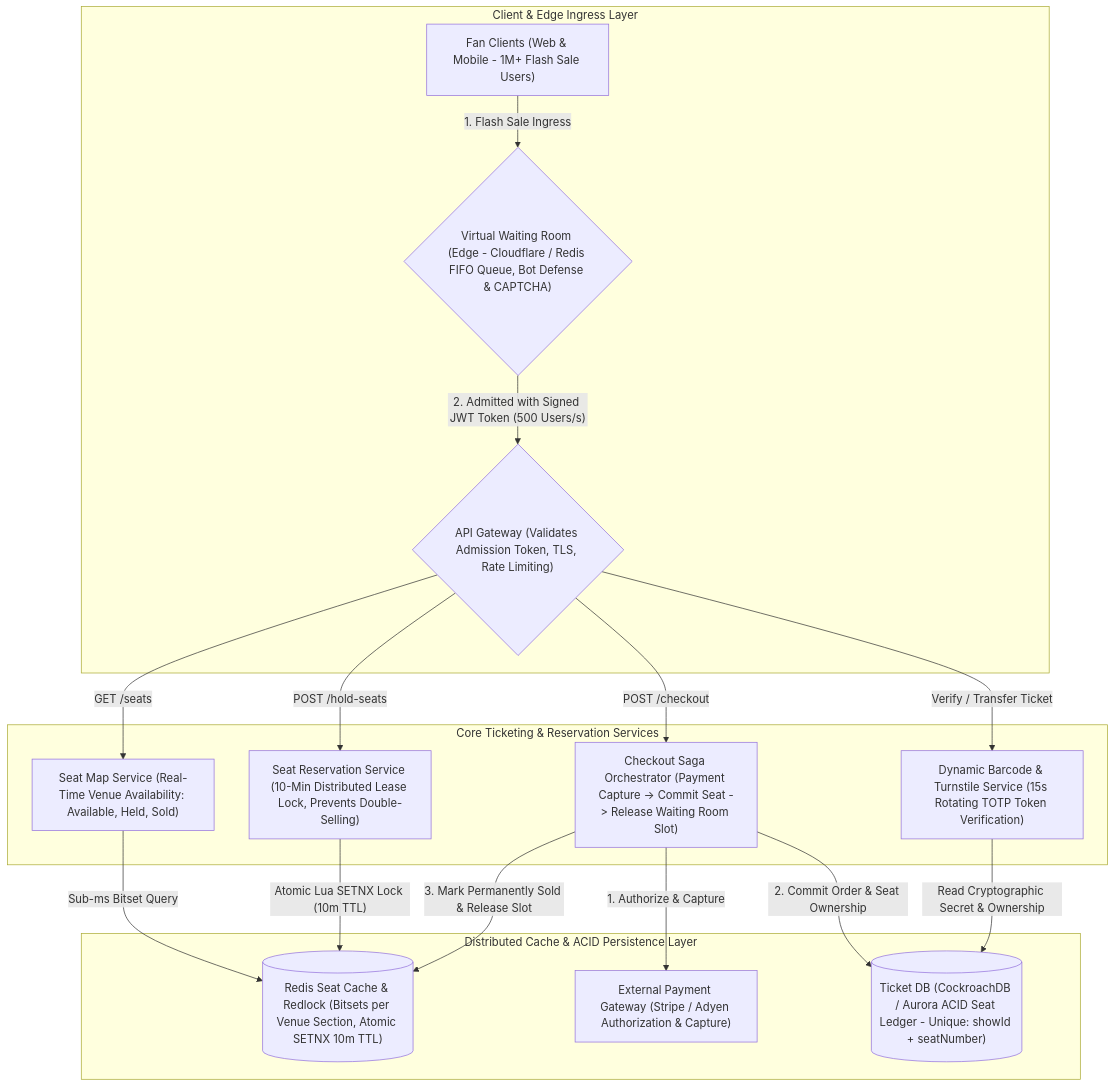
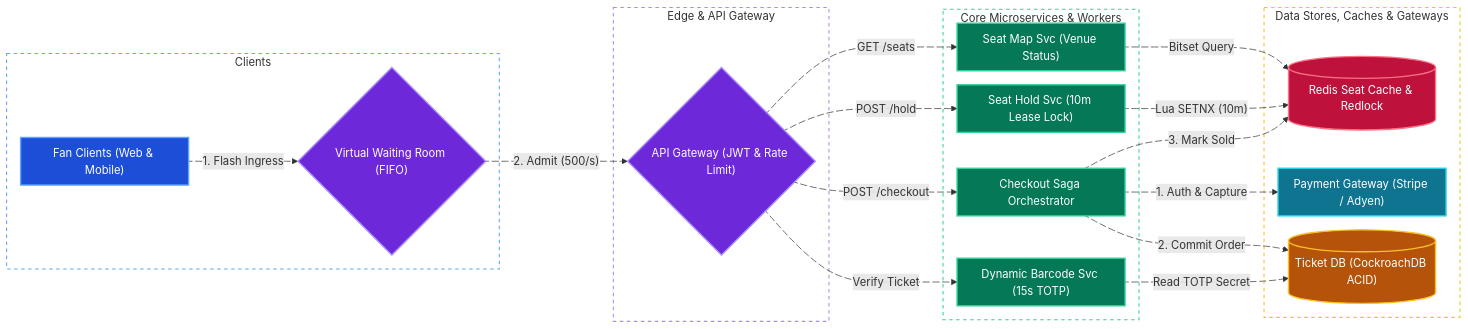
Before and after one commit to tarunbatta/tech-interview-prep: the fourth of 4 diagrams in system-design/ticketmaster.md, drawn with Mermaid. The commit also changed other lines of this file and 30 other files, not shown here.

First line of the commit message:
docs(system-design): convert Mermaid flowcharts to LR with colors and animated edges

````diff
--- a/system-design/ticketmaster.md
+++ b/system-design/ticketmaster.md
@@ -192,31 +233,67 @@
 ```mermaid
-flowchart TD
-    subgraph Client_Edge_Layer["Client & Edge Ingress Layer"]
-        Client["Fan Clients (Web & Mobile - 1M+ Flash Sale Users)"]
-        WaitingRoom{"Virtual Waiting Room (Edge - Cloudflare / Redis FIFO Queue, Bot Defense & CAPTCHA)"}
-        Gateway{"API Gateway (Validates Admission Token, TLS, Rate Limiting)"}
+%%{init: {'flowchart': {'nodeSpacing': 20, 'rankSpacing': 40, 'padding': 10}}}%%
+flowchart LR
+    subgraph ClientTier["Clients"]
+        Client["Fan Clients (Web & Mobile)"]
+        WaitingRoom{"Virtual Waiting Room (FIFO)"}
     end
-    subgraph Core_Ticketing_Services["Core Ticketing & Reservation Services"]
-        SeatMapSvc["Seat Map Service (Real-Time Venue Availability: Available, Held, Sold)"]
-        HoldSvc["Seat Reservation Service (10-Min Distributed Lease Lock, Prevents Double-Selling)"]
-        CheckoutSaga["Checkout Saga Orchestrator (Payment Capture -> Commit Seat -> Release Waiting Room Slot)"]
-        BarcodeSvc["Dynamic Barcode & Turnstile Service (15s Rotating TOTP Token Verification)"]
+    subgraph EdgeTier["Edge & API Gateway"]
+        Gateway{"API Gateway (JWT & Rate Limit)"}
     end
-    subgraph Cache_And_Storage["Distributed Cache & ACID Persistence Layer"]
-        SeatCache[("Redis Seat Cache & Redlock (Bitsets per Venue Section, Atomic SETNX 10m TTL)")]
-        PaymentGW["External Payment Gateway (Stripe / Adyen Authorization & Capture)"]
-        TicketDB[("Ticket DB (CockroachDB / Aurora ACID Seat Ledger - Unique: showId + seatNumber)")]
+    subgraph CoreServices["Core Microservices & Workers"]
+        SeatMapSvc["Seat Map Svc (Venue Status)"]
+        HoldSvc["Seat Hold Svc (10m Lease Lock)"]
+        CheckoutSaga["Checkout Saga Orchestrator"]
+        BarcodeSvc["Dynamic Barcode Svc (15s TOTP)"]
     end
-    Client -->|"1. Flash Sale Ingress"| WaitingRoom
-    WaitingRoom -->|"2. Admitted with Signed JWT Token (500 Users/s)"| Gateway
-    Gateway -->|"GET /seats"| SeatMapSvc
-    Gateway -->|"POST /hold-seats"| HoldSvc
-    Gateway -->|"POST /checkout"| CheckoutSaga
-    Gateway -->|"Verify / Transfer Ticket"| BarcodeSvc
-    SeatMapSvc -->|"Sub-ms Bitset Query"| SeatCache
-    HoldSvc -->|"Atomic Lua SETNX Lock (10m TTL)"| SeatCache
-    CheckoutSaga -->|"1. Authorize & Capture"| PaymentGW
-    CheckoutSaga -->|"2. Commit Order & Seat Ownership"| TicketDB
-    CheckoutSaga -->|"3. Mark Permanently Sold & Release Slot"| SeatCache
-    BarcodeSvc -->|"Read Cryptographic Secret & Ownership"| TicketDB
+    subgraph DataAndEventTier["Data Stores, Caches & Gateways"]
+        SeatCache[("Redis Seat Cache & Redlock")]
+        PaymentGW["Payment Gateway (Stripe / Adyen)"]
+        TicketDB[("Ticket DB (CockroachDB ACID)")]
+    end
+    Client e1@-->|"1. Flash Ingress"| WaitingRoom
+    WaitingRoom e2@-->|"2. Admit (500/s)"| Gateway
+    Gateway e3@-->|"GET /seats"| SeatMapSvc
+    Gateway e4@-->|"POST /hold"| HoldSvc
+    Gateway e5@-->|"POST /checkout"| CheckoutSaga
+    Gateway e6@-->|"Verify Ticket"| BarcodeSvc
+    SeatMapSvc e7@-->|"Bitset Query"| SeatCache
+    HoldSvc e8@-->|"Lua SETNX (10m)"| SeatCache
+    CheckoutSaga e9@-->|"1. Auth & Capture"| PaymentGW
+    CheckoutSaga e10@-->|"2. Commit Order"| TicketDB
+    CheckoutSaga e11@-->|"3. Mark Sold"| SeatCache
+    BarcodeSvc e12@-->|"Read TOTP Secret"| TicketDB
+
+    e1@{ animate: true }
+    e2@{ animate: true }
+    e3@{ animate: true }
+    e4@{ animate: true }
+    e5@{ animate: true }
+    e6@{ animate: true }
+    e7@{ animate: true }
+    e8@{ animate: true }
+    e9@{ animate: true }
+    e10@{ animate: true }
+    e11@{ animate: true }
+    e12@{ animate: true }
+
+    classDef client fill:#1d4ed8,stroke:#60a5fa,stroke-width:2px,color:#ffffff
+    classDef edge fill:#6d28d9,stroke:#a78bfa,stroke-width:2px,color:#ffffff
+    classDef service fill:#047857,stroke:#34d399,stroke-width:2px,color:#ffffff
+    classDef worker fill:#0e7490,stroke:#22d3ee,stroke-width:2px,color:#ffffff
+    classDef cache fill:#be123c,stroke:#fb7185,stroke-width:2px,color:#ffffff
+    classDef storage fill:#b45309,stroke:#fbbf24,stroke-width:2px,color:#ffffff
+    classDef queue fill:#3730a3,stroke:#818cf8,stroke-width:2px,color:#ffffff
+
+    class Client client
+    class WaitingRoom,Gateway edge
+    class SeatMapSvc,HoldSvc,CheckoutSaga,BarcodeSvc service
+    class PaymentGW worker
+    class SeatCache cache
+    class TicketDB storage
+
+    style ClientTier fill:transparent,stroke:#60a5fa,stroke-width:1.5px,stroke-dasharray: 5 5
+    style EdgeTier fill:transparent,stroke:#a78bfa,stroke-width:1.5px,stroke-dasharray: 5 5
+    style CoreServices fill:transparent,stroke:#34d399,stroke-width:1.5px,stroke-dasharray: 5 5
+    style DataAndEventTier fill:transparent,stroke:#fbbf24,stroke-width:1.5px,stroke-dasharray: 5 5
 ```
````
